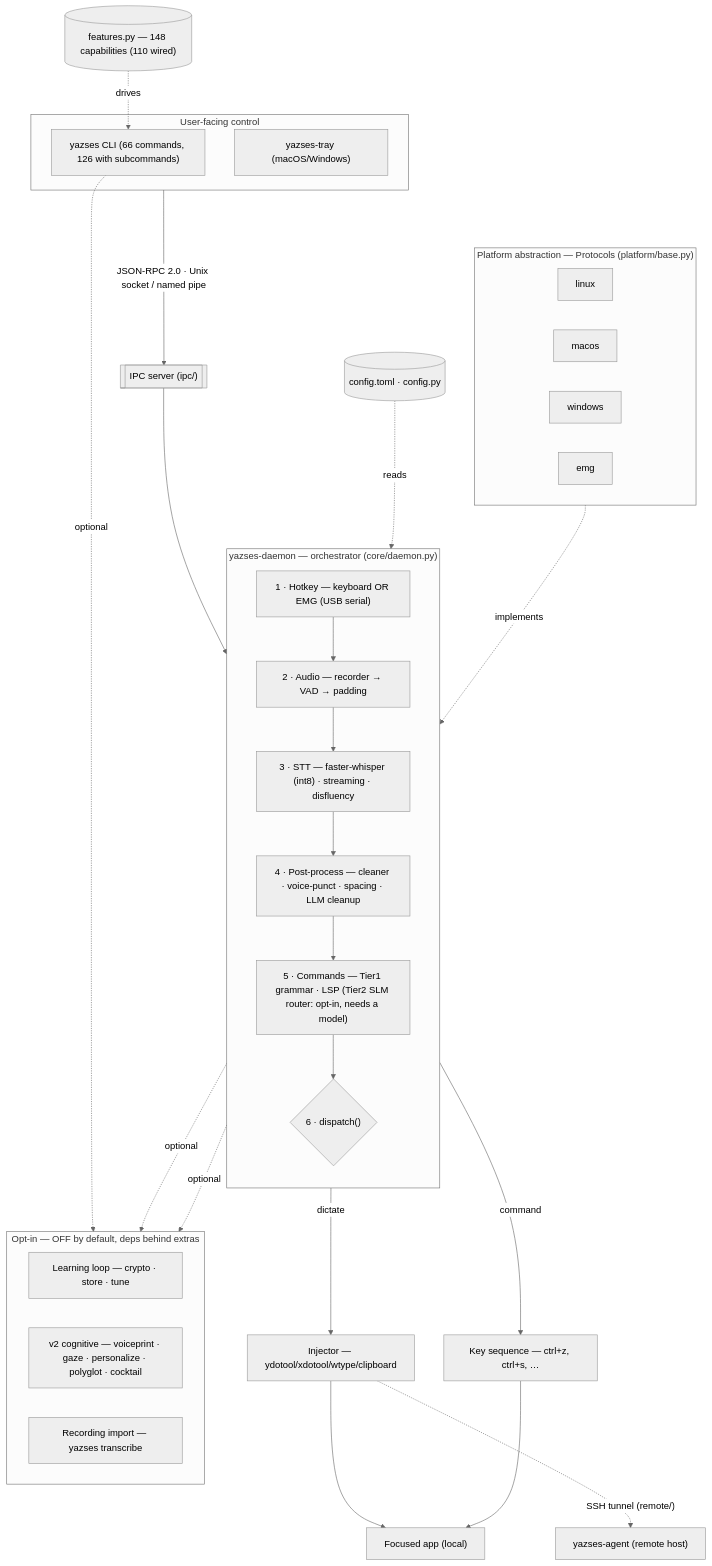
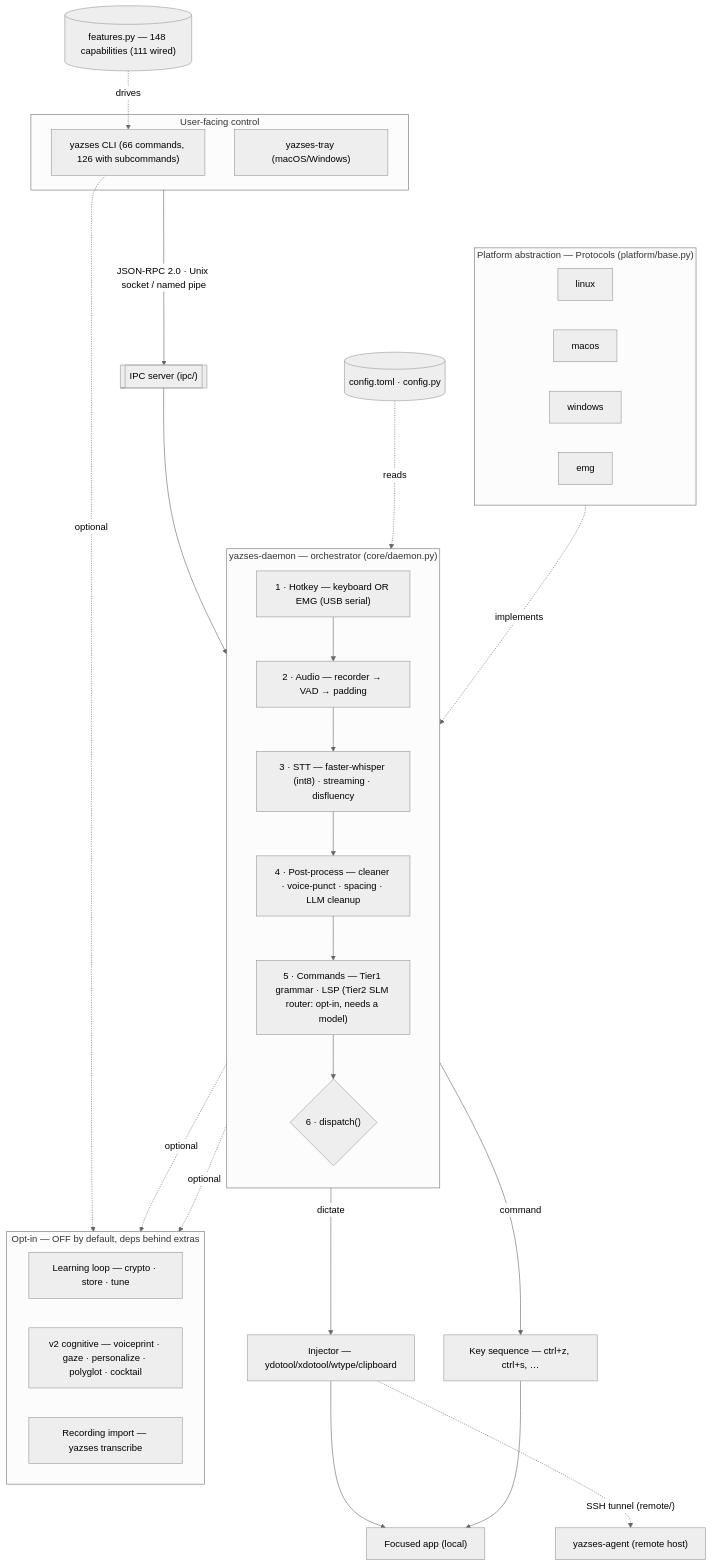
Before and after one commit to MSKazemi/yazses: the diagram in docs/diagrams/index.md, drawn with Mermaid (neutral theme). The commit also changed 33 other files, not shown here.

````diff
--- a/docs/diagrams/index.md
+++ b/docs/diagrams/index.md
@@ -22,50 +22,50 @@
 ```mermaid
 flowchart TB
   subgraph UI["User-facing control"]
     CLI["yazses CLI (66 commands, 126 with subcommands)"]
     TRAY["yazses-tray (macOS/Windows)"]
   end
   UI -->|"JSON-RPC 2.0 · Unix socket / named pipe"| IPC[["IPC server (ipc/)"]]
   IPC --> DAEMON
 
   subgraph DAEMON["yazses-daemon — orchestrator (core/daemon.py)"]
     direction TB
     HK["1 · Hotkey — keyboard OR EMG (USB serial)"]
     AUD["2 · Audio — recorder → VAD → padding"]
     STT["3 · STT — faster-whisper (int8) · streaming · disfluency"]
     PP["4 · Post-process — cleaner · voice-punct · spacing · LLM cleanup"]
     CMD["5 · Commands — Tier1 grammar · LSP (Tier2 SLM router: opt-in, needs a model)"]
     DIS{"6 · dispatch()"}
     HK --> AUD --> STT --> PP --> CMD --> DIS
   end
 
   CFG[("config.toml · config.py")]
-  FEAT[("features.py — 148 capabilities (110 wired)")]
+  FEAT[("features.py — 148 capabilities (111 wired)")]
   CFG -. reads .-> DAEMON
   FEAT -. drives .-> CLI
 
   DIS -->|dictate| INJ["Injector — ydotool/xdotool/wtype/clipboard"]
   DIS -->|command| KEYS["Key sequence — ctrl+z, ctrl+s, …"]
   INJ --> APP["Focused app (local)"]
   KEYS --> APP
   INJ -. "SSH tunnel (remote/)" .-> AGENT["yazses-agent (remote host)"]
 
   subgraph PLAT["Platform abstraction — Protocols (platform/base.py)"]
     direction LR
     LNX["linux"]
     MAC["macos"]
     WIN["windows"]
     EMG["emg"]
   end
   PLAT -. implements .-> DAEMON
 
   subgraph OPT["Opt-in — OFF by default, deps behind extras"]
     direction LR
     LEARN["Learning loop — crypto · store · tune"]
     V2["v2 cognitive — voiceprint · gaze · personalize · polyglot · cocktail"]
     RECIMP["Recording import — yazses transcribe"]
   end
   DAEMON -. optional .-> LEARN
   DAEMON -. optional .-> V2
   CLI -. optional .-> RECIMP
 ```
````
